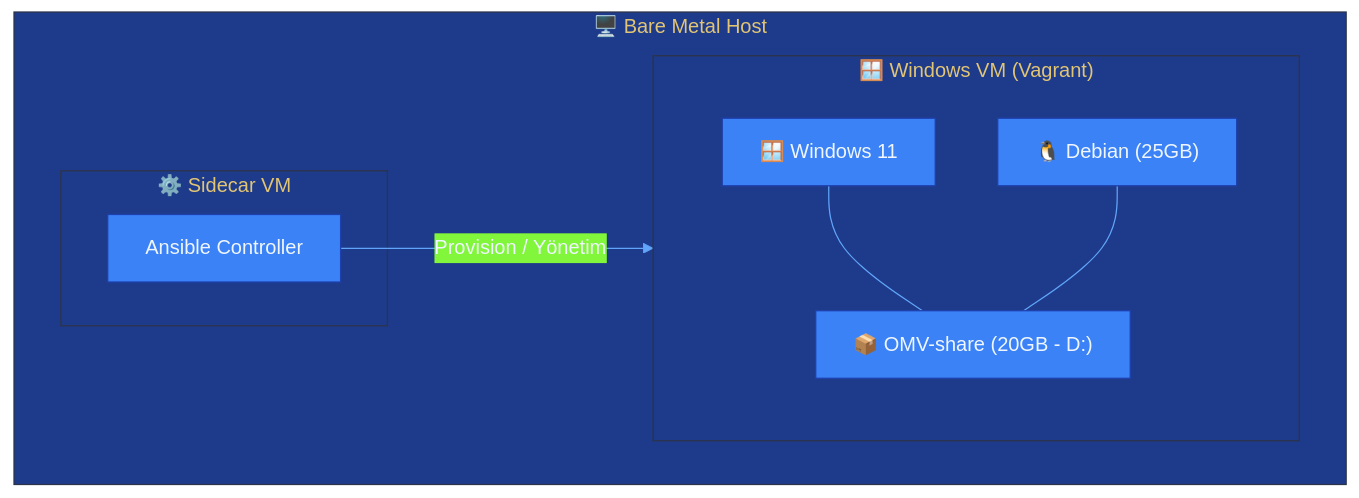
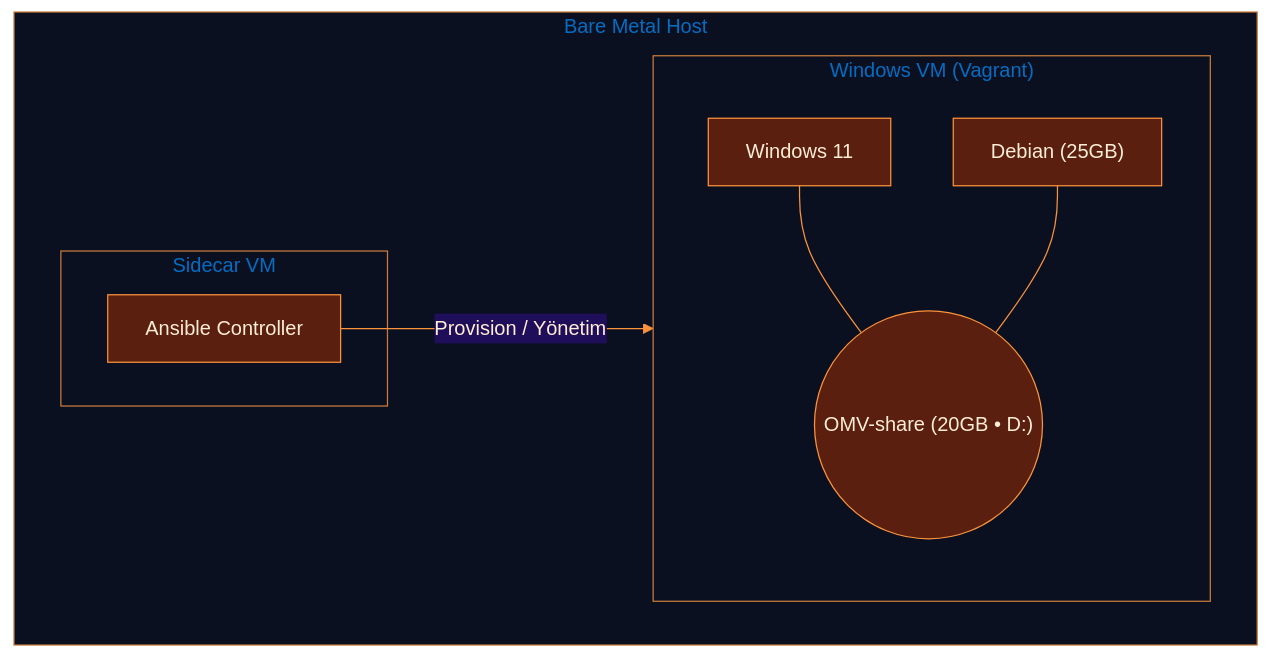
The diagram in README.md (znach-lab/main-goal), drawn with Mermaid before and after one commit.

````diff
--- a/README.md
+++ b/README.md
@@ -5,34 +5,38 @@
 ```mermaid
 %%{init: {'theme':'base', 'themeVariables': {
-  'primaryColor': '#3b82f6',
-  'primaryBorderColor': '#1e40af',
-  'primaryTextColor': '#eff6ff',
-  'lineColor': '#60a5fa',
-  'tertiaryColor': '#1e3a8a'
+  'primaryColor': '#5a1f0f',
+  'primaryBorderColor': '#fb923c',
+  'primaryTextColor': '#ffedd5',
+  'lineColor': '#fb923c',
+  'tertiaryColor': '#fb923c',
+  'clusterBkg': '#0b1020',
+  'clusterBorderColor': '#f97316',
+  'fontFamily': 'Inter, ui-sans-serif, system-ui'
 }}}%%
 
 flowchart TB
 
-  %% Bare Metal Host
-  subgraph HOST["🖥️ Bare Metal Host"]
+  %% Bare Metal Host (2 VM içerir)
+  subgraph HOST["Bare Metal Host"]
     direction LR
 
     %% Sidecar VM
-    subgraph VM1["⚙️ Sidecar VM"]
+    subgraph VM1["Sidecar VM"]
       ANS["Ansible Controller"]
     end
 
-    %% Windows VM (Vagrant ile oluşturulmuş)
-    subgraph VM2["🪟 Windows VM (Vagrant)"]
+    %% Vagrant ile oluşturulmuş Windows VM
+    subgraph VM2["Windows VM (Vagrant)"]
       direction TB
-      WIN["🪟 Windows 11"]
-      DEB["🐧 Debian (25GB)"]
-      OMV["📦 OMV-share (20GB - D:)"]
+      WIN["Windows 11"]
+      DEB["Debian (25GB)"]
+      OMV(("OMV-share (20GB • D:)"))
     end
   end
 
   %% İlişkiler
   ANS -->|Provision / Yönetim| VM2
   WIN --- OMV
   DEB --- OMV
+
 ```
````
